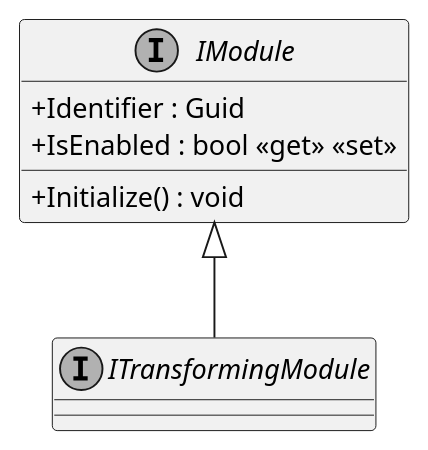
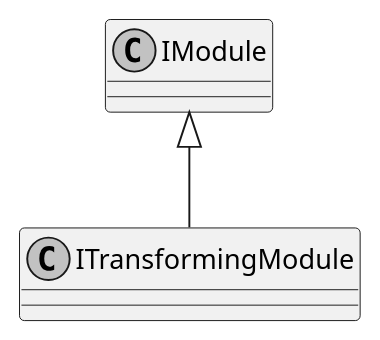
The diagram in documents/sd/plantuml/application/Common/Shared/Modules/ITransformingModule.puml (insightmind/MORR), drawn with PlantUML before and after one commit. The commit also changed 85 other files, not shown here.

Commit message:
Added diagrams for Core and Shared

```diff
--- a/documents/sd/plantuml/application/Common/Shared/Modules/ITransformingModule.puml
+++ b/documents/sd/plantuml/application/Common/Shared/Modules/ITransformingModule.puml
@@ -1,16 +1,6 @@
 @startuml
 skinparam monochrome true
 skinparam classAttributeIconSize 0
 
-interface IModule {
-    + Identifier : Guid
-    + IsEnabled : bool <<get>> <<set>>
-    + Initialize() : void
-}
-
-interface ITransformingModule {
-
-}
-
 IModule <|-- ITransformingModule
 @enduml
```
